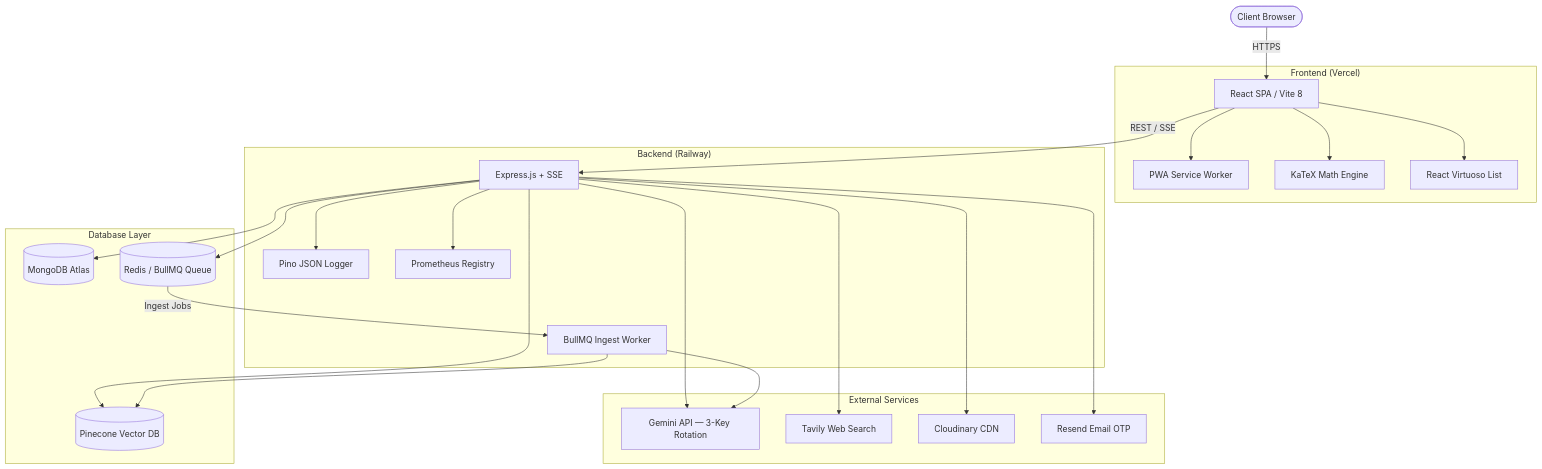
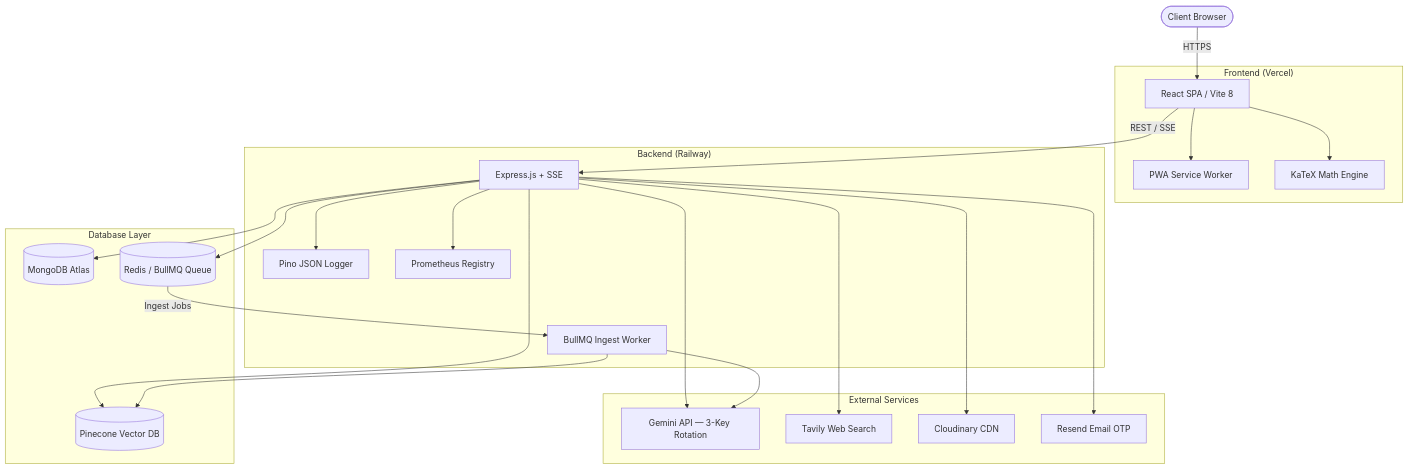
One commit to Muhammad-Sajid-Rajput/NovaMind changed the diagram in README.md. Above: the diagram before and after it, drawn with Mermaid. The commit also changed other lines of this file and 20 other files, not shown here.

````diff
--- a/README.md
+++ b/README.md
@@ -17,51 +17,49 @@
 ```mermaid
 graph TD
     User([Client Browser])
 
     subgraph Frontend["Frontend (Vercel)"]
         Vite[React SPA / Vite 8]
         PWA[PWA Service Worker]
         KaTeX[KaTeX Math Engine]
-        Virtuoso[React Virtuoso List]
     end
 
     subgraph Backend["Backend (Railway)"]
         Express[Express.js + SSE]
         Pino[Pino JSON Logger]
         Metrics[Prometheus Registry]
         BullMQ[BullMQ Ingest Worker]
     end
 
     subgraph Data["Database Layer"]
         MongoDB[(MongoDB Atlas)]
         Redis[(Redis / BullMQ Queue)]
         Pinecone[(Pinecone Vector DB)]
     end
 
     subgraph External["External Services"]
         Gemini[Gemini API — 3-Key Rotation]
         Tavily[Tavily Web Search]
         Cloudinary[Cloudinary CDN]
         Resend[Resend Email OTP]
     end
 
     User -->|HTTPS| Vite
     Vite --> PWA
     Vite --> KaTeX
-    Vite --> Virtuoso
     Vite -->|REST / SSE| Express
     Express --> Pino
     Express --> Metrics
 
     Express --> MongoDB
     Express --> Redis
     Express --> Pinecone
     Express --> Cloudinary
     Express --> Gemini
     Express --> Tavily
     Express --> Resend
 
     Redis -->|Ingest Jobs| BullMQ
     BullMQ --> Gemini
     BullMQ --> Pinecone
 ```
````
